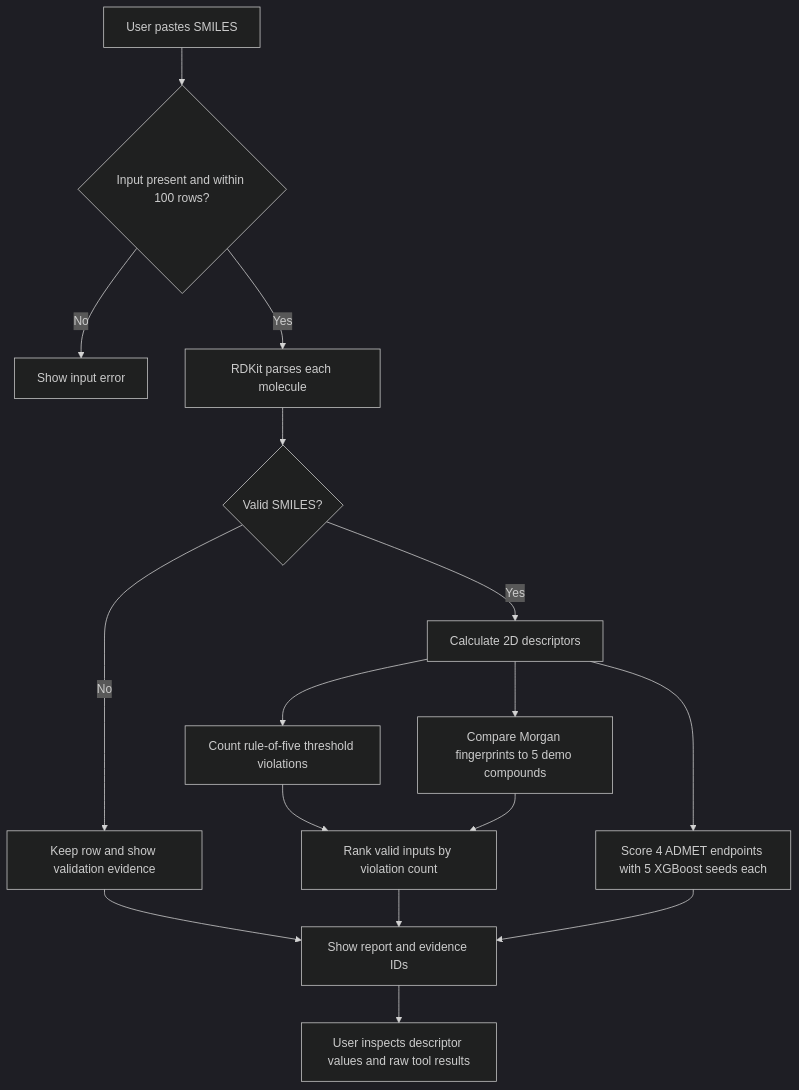
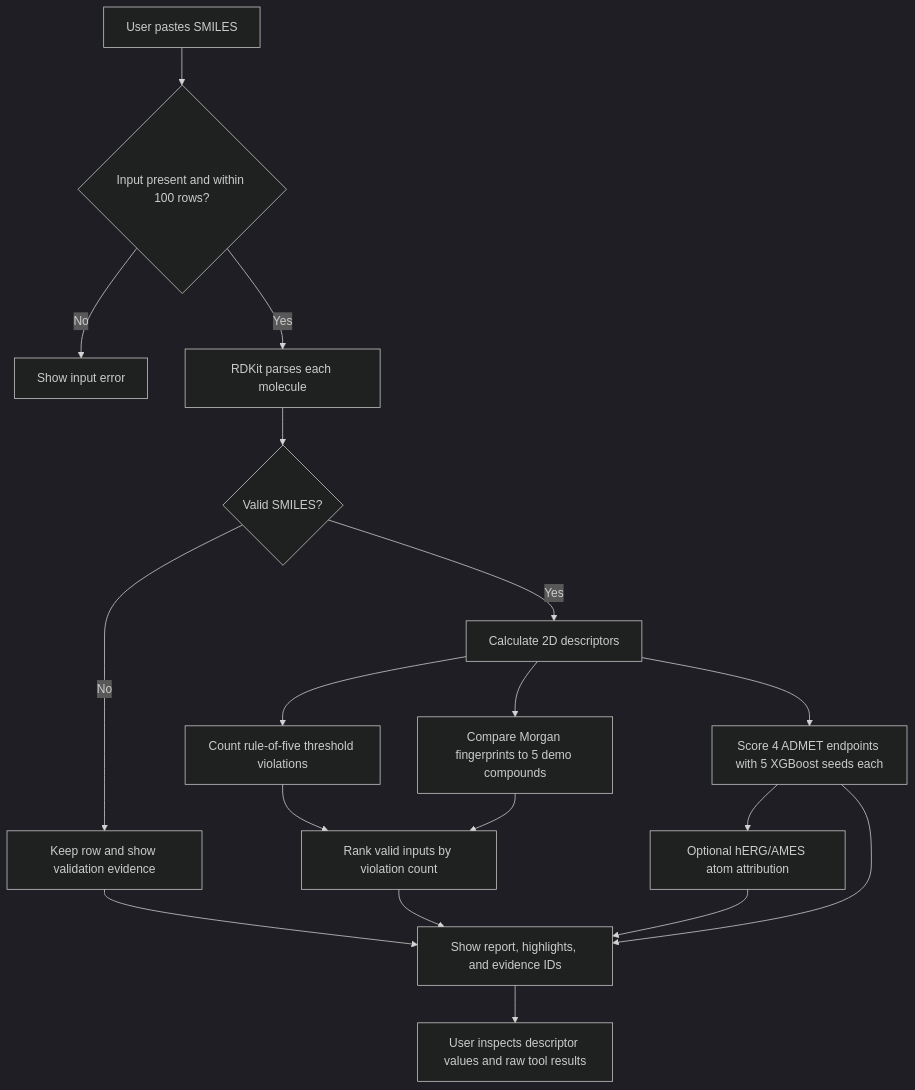
One commit to rohith-jpg/molscout changed the first of 2 diagrams in README.md. Above: the diagram before and after it, drawn with Mermaid (dark theme). The commit also changed other lines of this file and 6 other files, not shown here.

Commit message:
feat: add cited atom-level toxicity attribution

````diff
--- a/README.md
+++ b/README.md
@@ -35,18 +36,20 @@
 ```mermaid
 flowchart TD
     A[User pastes SMILES] --> B{Input present and within 100 rows?}
     B -->|No| E[Show input error]
     B -->|Yes| C[RDKit parses each molecule]
     C --> D{Valid SMILES?}
     D -->|No| I[Keep row and show validation evidence]
     D -->|Yes| P[Calculate 2D descriptors]
     P --> R[Count rule-of-five threshold violations]
     P --> S[Compare Morgan fingerprints to 5 demo compounds]
     P --> M[Score 4 ADMET endpoints with 5 XGBoost seeds each]
+    M --> X[Optional hERG/AMES atom attribution]
+    X --> O[Show report, highlights, and evidence IDs]
     R --> T[Rank valid inputs by violation count]
     S --> T
-    M --> O[Show baseline scores and seed spread]
-    I --> O[Show report and evidence IDs]
+    M --> O
+    I --> O
     T --> O
     O --> U[User inspects descriptor values and raw tool results]
 ```
````
